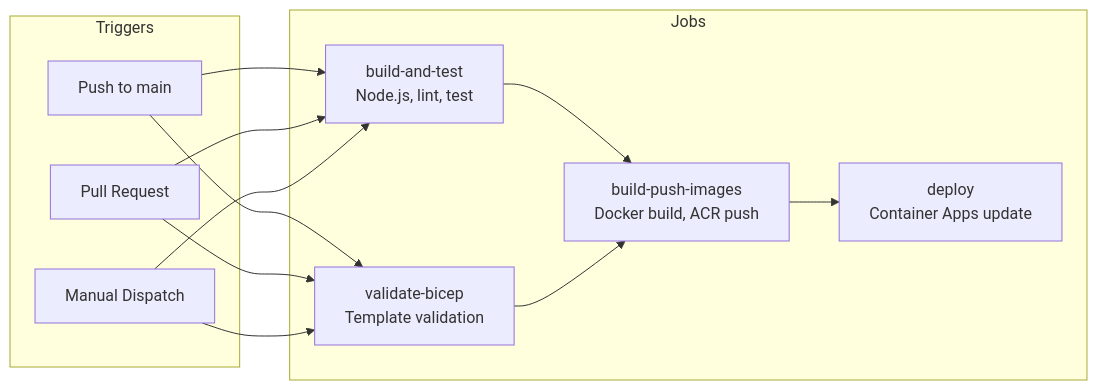
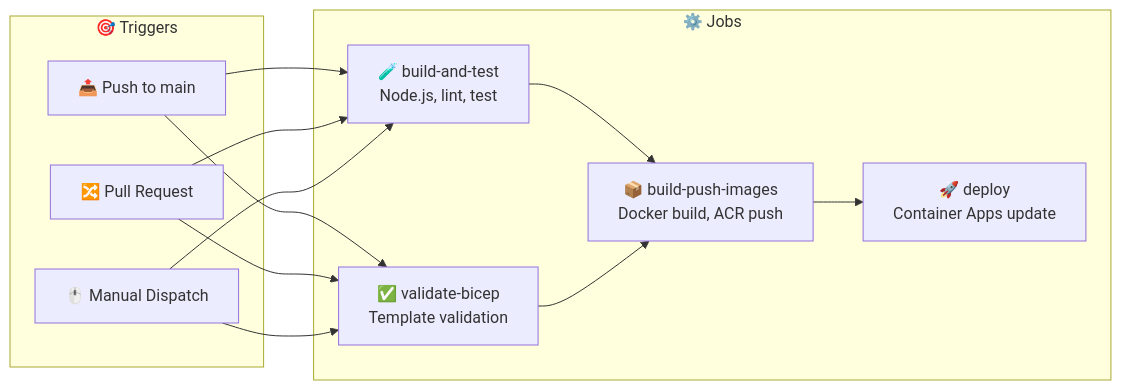
One commit to fgarofalo56/azure-dab-fullstack-demo changed the diagram in docs/ci-cd-guide.md. Above: the diagram before and after it, drawn with Mermaid. The commit also changed other lines of this file and 12 other files, not shown here.

````diff
--- a/docs/ci-cd-guide.md
+++ b/docs/ci-cd-guide.md
@@ -54,26 +63,26 @@
 ```mermaid
 flowchart LR
-    subgraph Triggers["Triggers"]
-        Push["Push to main"]
-        PR["Pull Request"]
-        Manual["Manual Dispatch"]
+    subgraph Triggers["🎯 Triggers"]
+        Push["📤 Push to main"]
+        PR["🔀 Pull Request"]
+        Manual["🖱️ Manual Dispatch"]
     end
 
-    subgraph Jobs["Jobs"]
-        Build["build-and-test<br/>Node.js, lint, test"]
-        Validate["validate-bicep<br/>Template validation"]
-        Push2["build-push-images<br/>Docker build, ACR push"]
-        Deploy["deploy<br/>Container Apps update"]
+    subgraph Jobs["⚙️ Jobs"]
+        Build["🧪 build-and-test<br/>Node.js, lint, test"]
+        Validate["✅ validate-bicep<br/>Template validation"]
+        Push2["📦 build-push-images<br/>Docker build, ACR push"]
+        Deploy["🚀 deploy<br/>Container Apps update"]
     end
 
     Push --> Build
     Push --> Validate
     PR --> Build
     PR --> Validate
     Manual --> Build
     Manual --> Validate
 
     Build --> Push2
     Validate --> Push2
     Push2 --> Deploy
 ```
````
